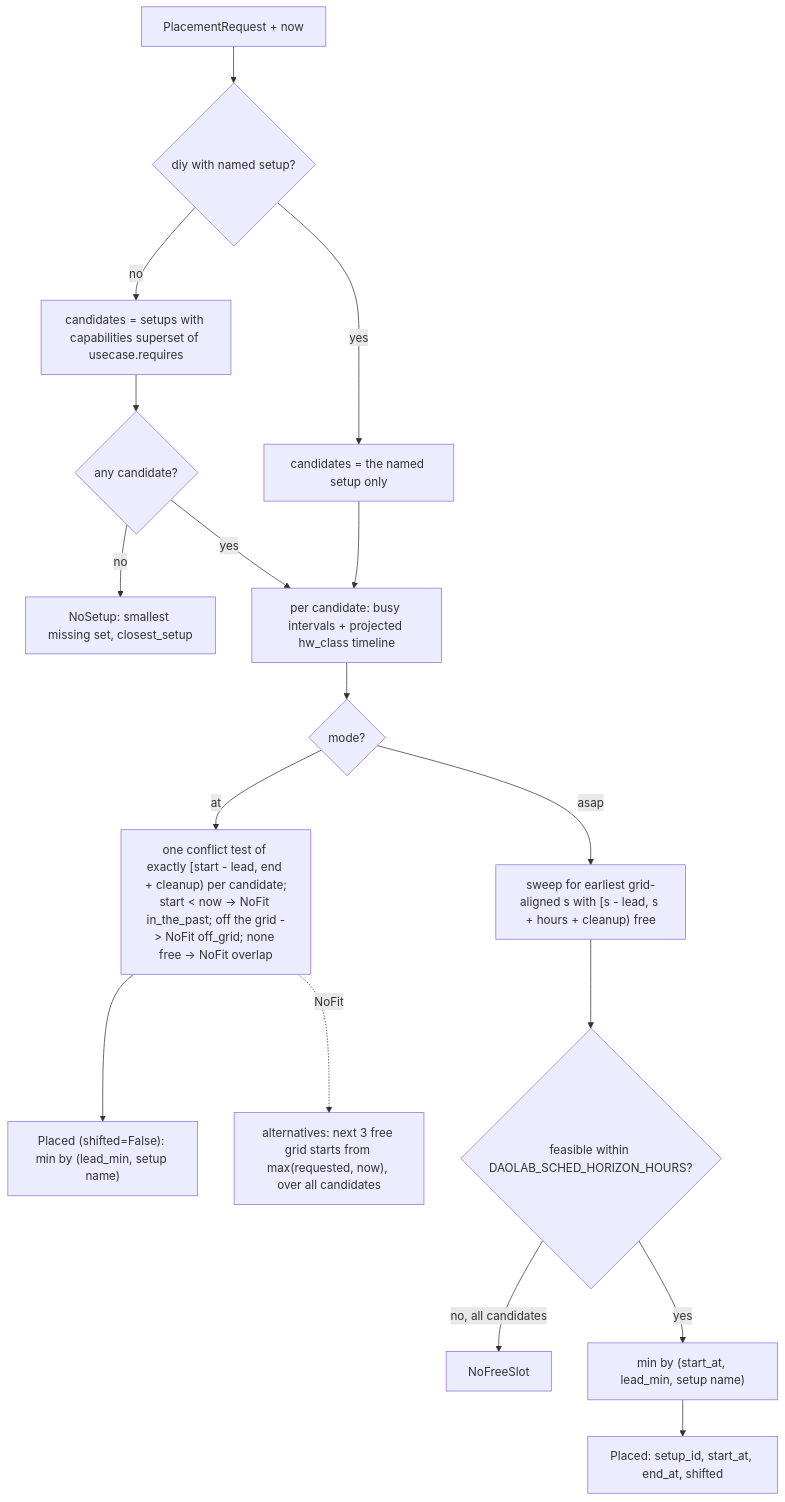
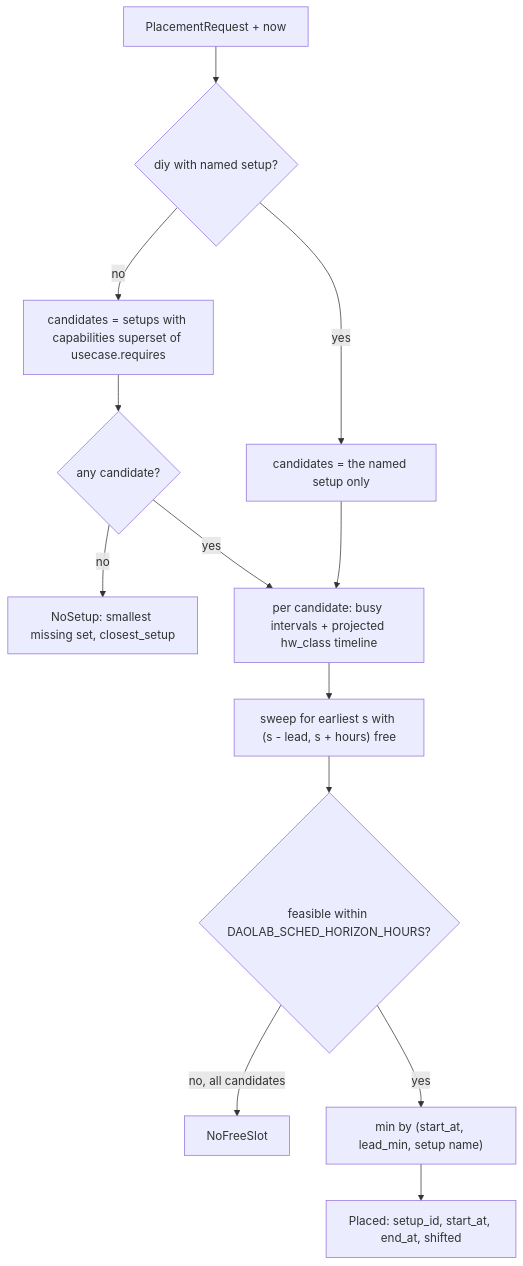
The diagram in plan/03-scheduler.md (hrushikesh-sam/dao-lab-selfserve), drawn with Mermaid before and after one commit. The commit also changed other lines of this file and 9 other files, not shown here.

````diff
--- a/plan/03-scheduler.md
+++ b/plan/03-scheduler.md
@@ -102,19 +89,15 @@
 ```mermaid
 flowchart TD
     RQ["PlacementRequest + now"] --> DIY{"diy with named setup?"}
     DIY -- yes --> ONE["candidates = the named setup only"]
     DIY -- no --> FIL["candidates = setups with capabilities superset of usecase.requires"]
     FIL --> ANY{"any candidate?"}
     ANY -- no --> NS["NoSetup: smallest missing set, closest_setup"]
     ANY -- yes --> TL["per candidate: busy intervals + projected hw_class timeline"]
     ONE --> TL
-    TL --> MD{"mode?"}
-    MD -- at --> AT["one conflict test of exactly [start - lead, end + cleanup) per candidate;<br/>start < now -> NoFit in_the_past; off the grid -> NoFit off_grid; none free -> NoFit overlap"]
-    AT --> PICKAT["Placed (shifted=False): min by (lead_min, setup name)"]
-    AT -. "NoFit" .-> ALT["alternatives: next 3 free grid starts from max(requested, now), over all candidates"]
-    MD -- asap --> SW["sweep for earliest grid-aligned s with [s - lead, s + hours + cleanup) free"]
+    TL --> SW["sweep for earliest s with (s - lead, s + hours) free"]
     SW --> OK{"feasible within DAOLAB_SCHED_HORIZON_HOURS?"}
     OK -- "no, all candidates" --> NF["NoFreeSlot"]
     OK -- yes --> PICK["min by (start_at, lead_min, setup name)"]
     PICK --> PL["Placed: setup_id, start_at, end_at, shifted"]
 ```
````
